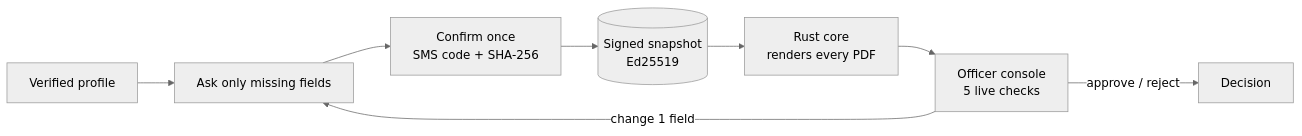
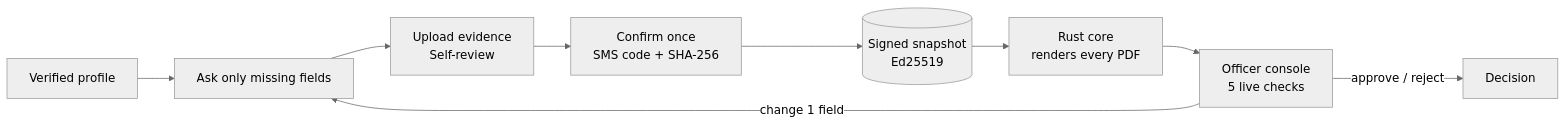
Before and after one commit to fridayshippingclub/zero-form: the diagram in README.md, drawn with Mermaid (neutral theme). The commit also changed other lines of this file and 28 other files, not shown here.

Commit message:
feat: add source-grounded Haiku self-review before signing

````diff
--- a/README.md
+++ b/README.md
@@ -32,10 +33,11 @@
 ```mermaid
 flowchart LR
   P[Verified profile] --> A[Ask only missing fields]
-  A --> C[Confirm once<br/>SMS code + SHA-256]
+  A --> R[Upload evidence<br/>Self-review]
+  R --> C[Confirm once<br/>SMS code + SHA-256]
   C --> S[(Signed snapshot<br/>Ed25519)]
   S --> D[Rust core<br/>renders every PDF]
   D --> O[Officer console<br/>5 live checks]
   O -- approve / reject --> Done[Decision]
   O -- change 1 field --> A
 ```
````
